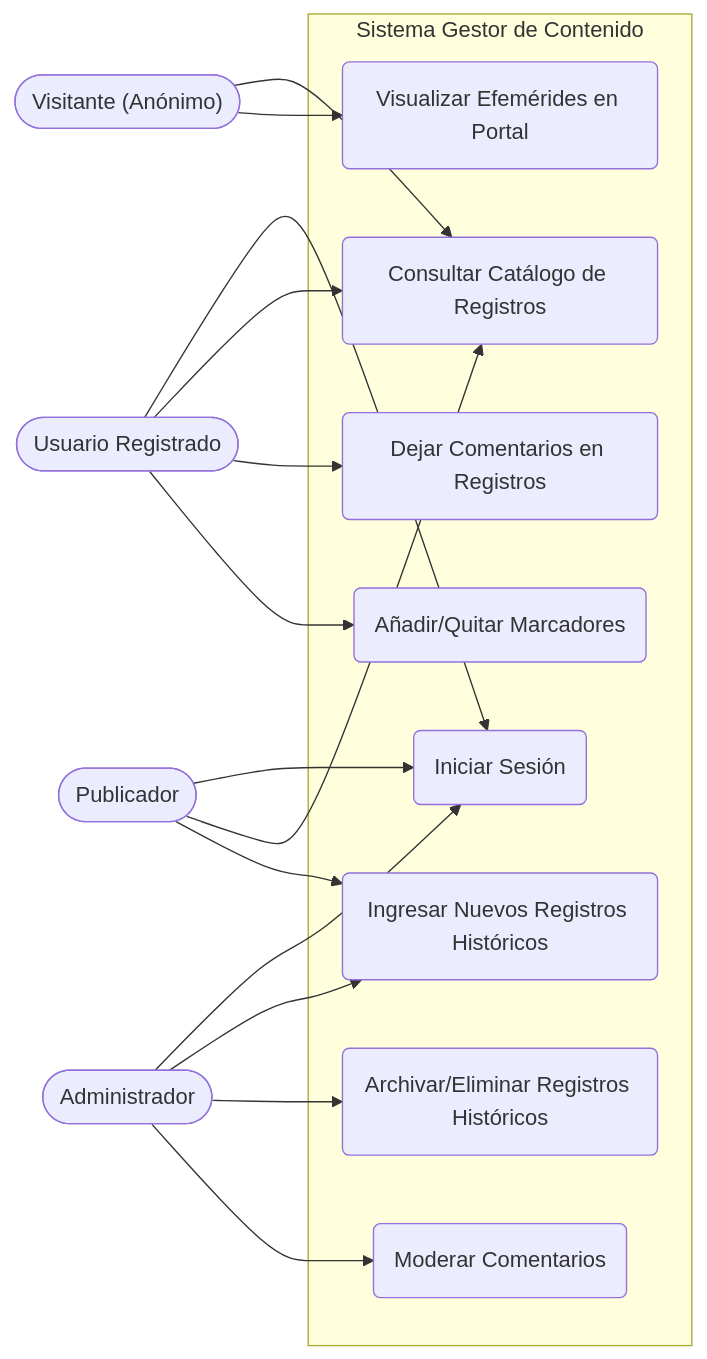
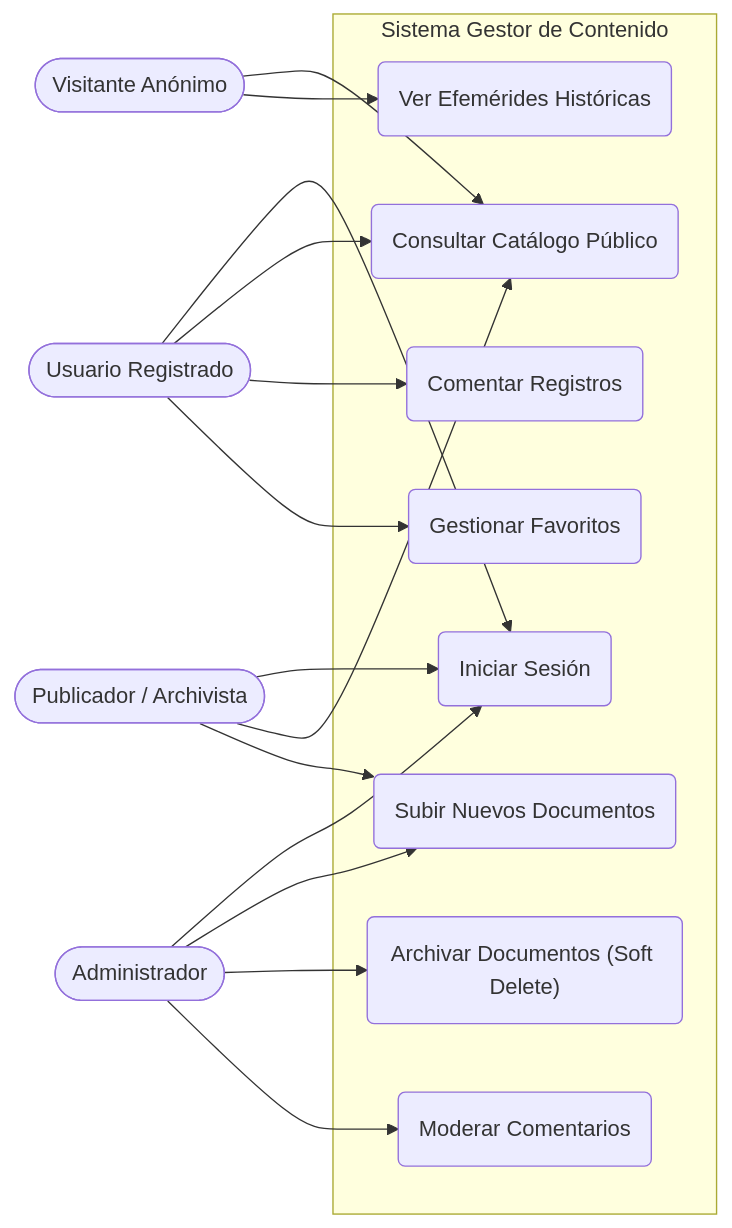
The fourth of 5 diagrams in README.md (TLShinobi/SGC), drawn with Mermaid before and after one commit. The commit also changed other lines of this file, not shown here.

Commit message:
Arreglo de Diagramas

````diff
--- a/README.md
+++ b/README.md
@@ -124,35 +120,35 @@
 ```mermaid
 flowchart LR
-    Guest(["Visitante (Anónimo)"])
+    Guest(["Visitante Anónimo"])
     User(["Usuario Registrado"])
-    Pub(["Publicador"])
+    Pub(["Publicador / Archivista"])
     Admin(["Administrador"])
 
-    subgraph "Sistema Gestor de Contenido"
-        UC1("Consultar Catálogo de Registros")
-        UC2("Visualizar Efemérides en Portal")
+    subgraph SGC ["Sistema Gestor de Contenido"]
+        UC1("Consultar Catálogo Público")
+        UC2("Ver Efemérides Históricas")
         UC3("Iniciar Sesión")
-        UC4("Dejar Comentarios en Registros")
-        UC5("Añadir/Quitar Marcadores")
-        UC6("Ingresar Nuevos Registros Históricos")
-        UC7("Archivar/Eliminar Registros Históricos")
+        UC4("Comentar Registros")
+        UC5("Gestionar Favoritos")
+        UC6("Subir Nuevos Documentos")
+        UC7("Archivar Documentos (Soft Delete)")
         UC8("Moderar Comentarios")
     end
 
     Guest --> UC1
     Guest --> UC2
 
     User --> UC3
     User --> UC1
     User --> UC4
     User --> UC5
 
     Pub --> UC3
     Pub --> UC1
     Pub --> UC6
 
     Admin --> UC3
     Admin --> UC6
     Admin --> UC7
     Admin --> UC8
 ```
````
